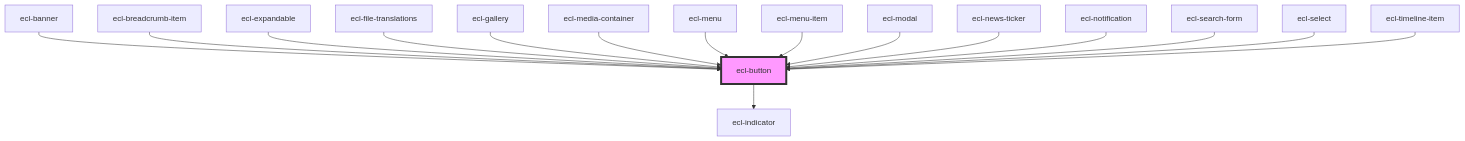
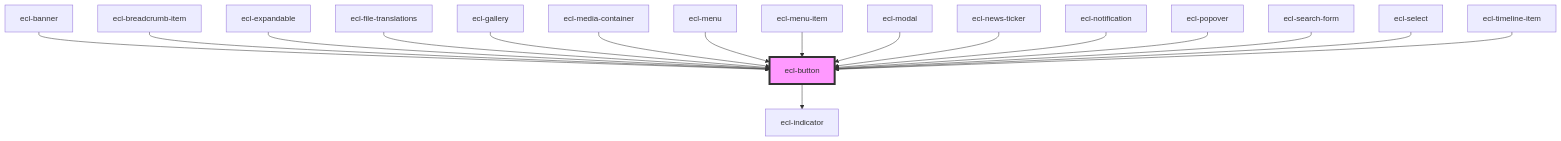
Before and after one commit to ec-europa/ecl-webcomponents: the diagram in src/components/ecl-button/readme.md, drawn with Mermaid. The commit also changed other lines of this file and 17 other files, not shown here.

````diff
--- a/src/components/ecl-button/readme.md
+++ b/src/components/ecl-button/readme.md
@@ -47,19 +48,20 @@
 ```mermaid
 graph TD;
   ecl-button --> ecl-indicator
   ecl-banner --> ecl-button
   ecl-breadcrumb-item --> ecl-button
   ecl-expandable --> ecl-button
   ecl-file-translations --> ecl-button
   ecl-gallery --> ecl-button
   ecl-media-container --> ecl-button
   ecl-menu --> ecl-button
   ecl-menu-item --> ecl-button
   ecl-modal --> ecl-button
   ecl-news-ticker --> ecl-button
   ecl-notification --> ecl-button
+  ecl-popover --> ecl-button
   ecl-search-form --> ecl-button
   ecl-select --> ecl-button
   ecl-timeline-item --> ecl-button
   style ecl-button fill:#f9f,stroke:#333,stroke-width:4px
 ```
````
